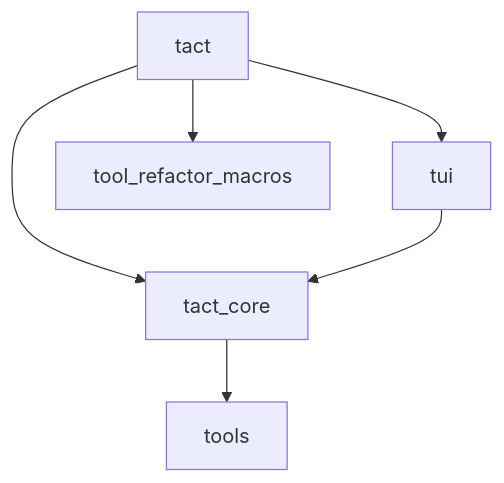
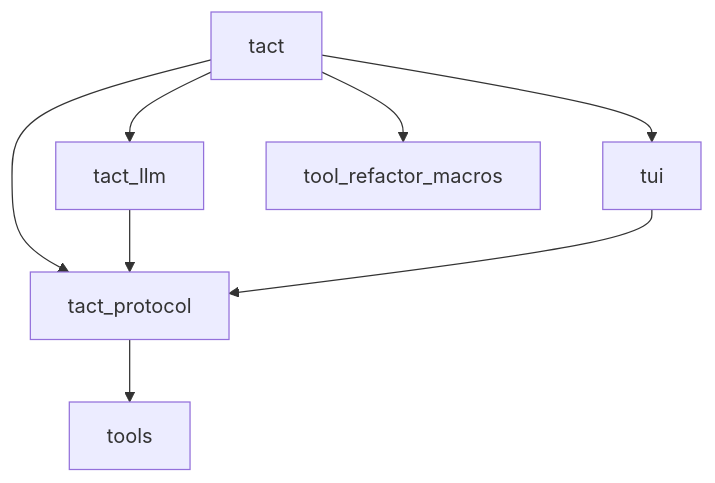
Before and after one commit to rust-infra/tact: the first of 10 diagrams in ARCHITECTURE.md, drawn with Mermaid. The commit also changed other lines of this file and 50 other files, not shown here.

````diff
--- a/ARCHITECTURE.md
+++ b/ARCHITECTURE.md
@@ -23,8 +24,10 @@
 ```mermaid
 flowchart TB
-    tact --> tact_core
+    tact --> tact_protocol
     tact --> tui
+    tact --> tact_llm
     tact --> tool_refactor_macros
-    tui --> tact_core
-    tact_core --> tools
+    tact_llm --> tact_protocol
+    tui --> tact_protocol
+    tact_protocol --> tools
 ```
````
